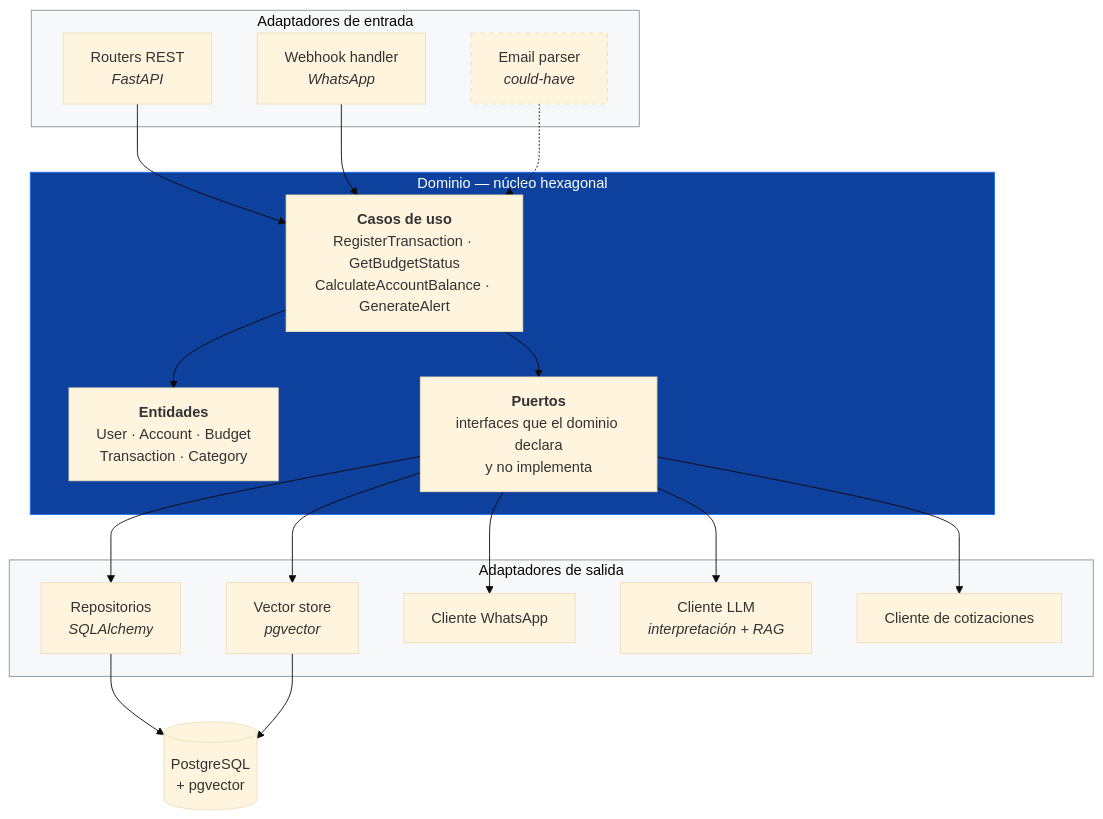
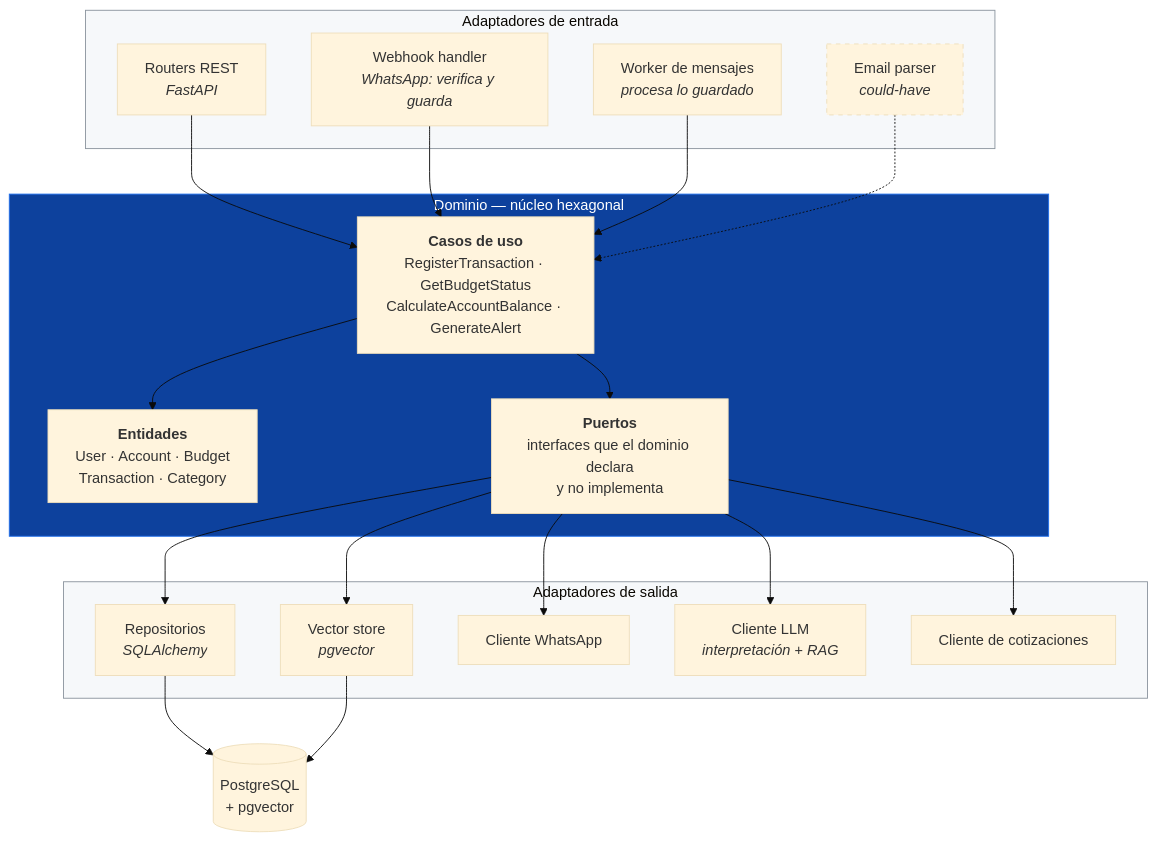
One commit to verozacarias-prog/AI4Devs-finalproject changed the third of 4 diagrams in docs/02-arquitectura.md. Above: the diagram before and after it, drawn with Mermaid (base theme). The commit also changed other lines of this file and 7 other files, not shown here.

First line of the commit message:
docs: ADR 0010, webhook de WhatsApp asíncrono con tabla de entrada

````diff
--- a/docs/02-arquitectura.md
+++ b/docs/02-arquitectura.md
@@ -73,40 +75,42 @@
 ```mermaid
 flowchart TB
     subgraph INBOUND["Adaptadores de entrada"]
         ROUTERS["Routers REST<br/><i>FastAPI</i>"]
-        HOOK["Webhook handler<br/><i>WhatsApp</i>"]
+        HOOK["Webhook handler<br/><i>WhatsApp: verifica y guarda</i>"]
+        MSGWK["Worker de mensajes<br/><i>procesa lo guardado</i>"]
         PARSE["Email parser<br/><i>could-have</i>"]
     end
 
     subgraph DOMAIN["Dominio — núcleo hexagonal"]
         UC["<b>Casos de uso</b><br/>RegisterTransaction · GetBudgetStatus<br/>CalculateAccountBalance · GenerateAlert"]
         ENT["<b>Entidades</b><br/>User · Account · Budget<br/>Transaction · Category"]
         PORTS["<b>Puertos</b><br/>interfaces que el dominio declara<br/>y no implementa"]
     end
 
     subgraph OUTBOUND["Adaptadores de salida"]
         REPO["Repositorios<br/><i>SQLAlchemy</i>"]
         VECADAPT["Vector store<br/><i>pgvector</i>"]
         WACLIENT["Cliente WhatsApp"]
         LLMCLIENT["Cliente LLM<br/><i>interpretación + RAG</i>"]
         FXCLIENT["Cliente de cotizaciones"]
     end
 
     DB[("PostgreSQL<br/>+ pgvector")]
 
     ROUTERS --> UC
     HOOK --> UC
+    MSGWK --> UC
     PARSE -.-> UC
     UC --> ENT
     UC --> PORTS
     PORTS --> REPO --> DB
     PORTS --> VECADAPT --> DB
     PORTS --> WACLIENT
     PORTS --> LLMCLIENT
     PORTS --> FXCLIENT
 
     style DOMAIN fill:#0d419d,stroke:#1f6feb,color:#fff
     style INBOUND fill:#f6f8fa,stroke:#8b949e
     style OUTBOUND fill:#f6f8fa,stroke:#8b949e
     style PARSE stroke-dasharray: 5 5
 ```
````
